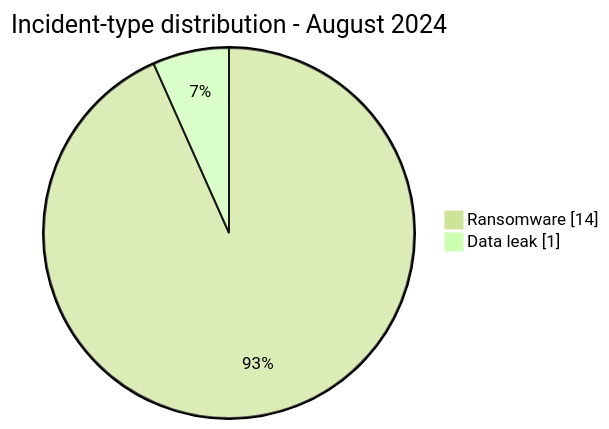
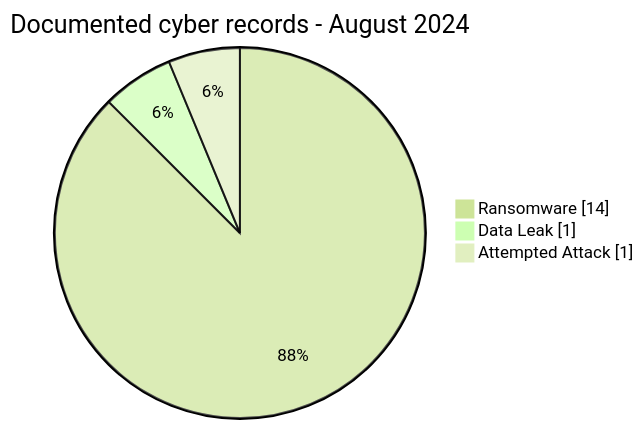
The first of 3 diagrams in CyberAttackAfrica/2024/08-august/README.md (Hatchepsoute/AFRINTEL), drawn with Mermaid (forest theme) before and after one commit. The commit also changed other lines of this file and 60 other files, not shown here.

````diff
--- a/CyberAttackAfrica/2024/08-august/README.md
+++ b/CyberAttackAfrica/2024/08-august/README.md
@@ -56,6 +58,7 @@
 ```mermaid
 pie showData
-    title Incident-type distribution - August 2024
+    title Documented cyber records - August 2024
     "Ransomware" : 14
-    "Data leak" : 1
+    "Data Leak" : 1
+    "Attempted Attack" : 1
 ```
````
